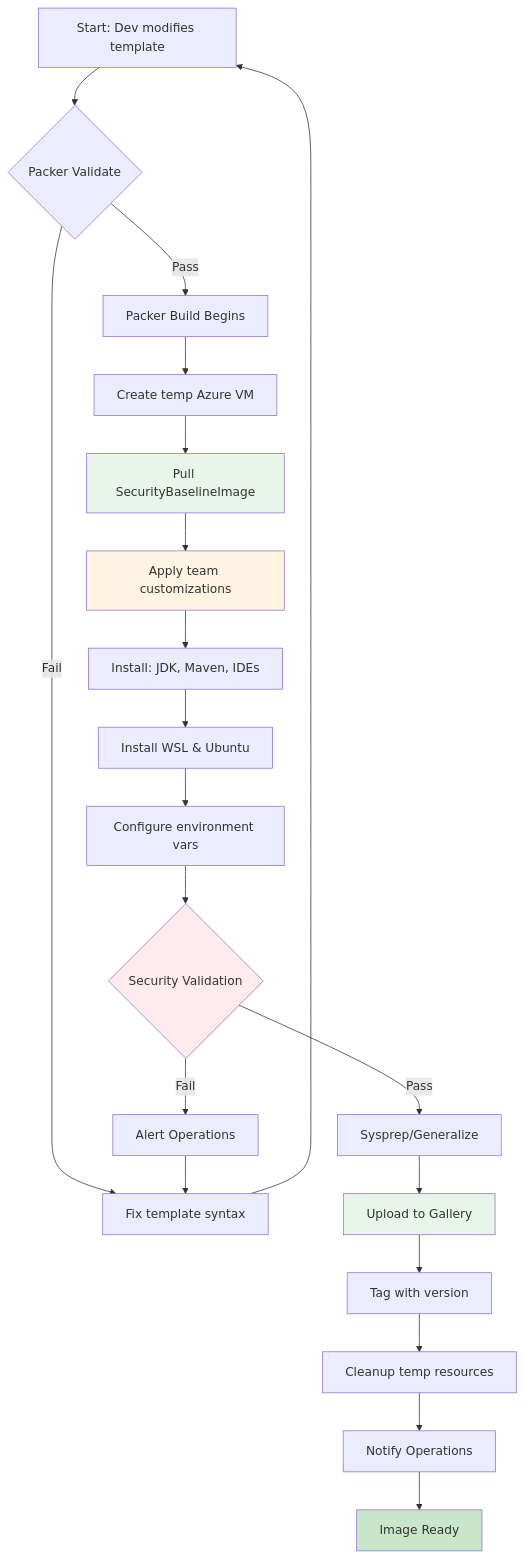
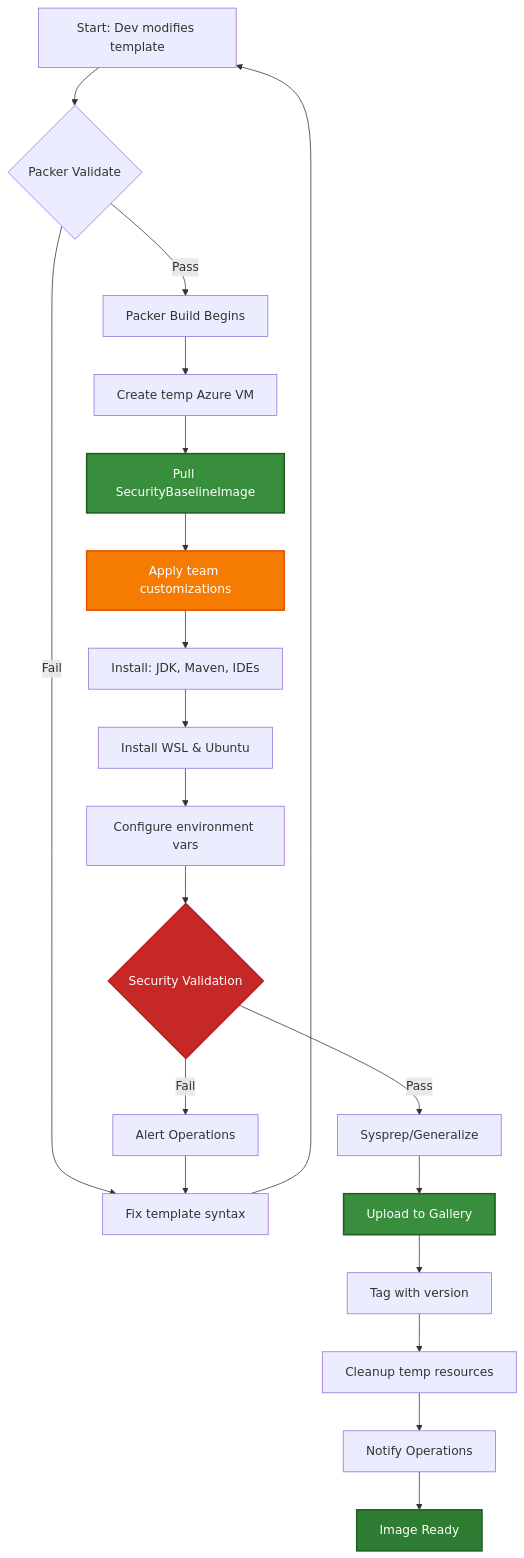
Before and after one commit to aj-enns/microsoft.devcenter: diagram 14 of 16 in terraform/devbox-with-multi-images-and-roles/docs/ARCHITECTURE-DIAGRAMS.md, drawn with Mermaid. The commit also changed other lines of this file, not shown here.

Commit message:
style: Update architecture diagrams with new color scheme for improved clarity

````diff
--- a/terraform/devbox-with-multi-images-and-roles/docs/ARCHITECTURE-DIAGRAMS.md
+++ b/terraform/devbox-with-multi-images-and-roles/docs/ARCHITECTURE-DIAGRAMS.md
@@ -575,32 +575,32 @@
 ```mermaid
 flowchart TD
     START[Start: Dev modifies template] --> VAL{Packer Validate}
     VAL -->|Fail| FIX[Fix template syntax]
     FIX --> START
     VAL -->|Pass| BUILD[Packer Build Begins]
     
     BUILD --> VM[Create temp Azure VM]
     VM --> PULL[Pull SecurityBaselineImage]
     PULL --> CUSTOM[Apply team customizations]
     
     CUSTOM --> TOOLS[Install: JDK, Maven, IDEs]
     TOOLS --> WSL[Install WSL & Ubuntu]
     WSL --> CONFIG[Configure environment vars]
     CONFIG --> SECURITY{Security Validation}
     
     SECURITY -->|Fail| ALERT[Alert Operations]
     ALERT --> FIX
     SECURITY -->|Pass| SYSPREP[Sysprep/Generalize]
     
     SYSPREP --> UPLOAD[Upload to Gallery]
     UPLOAD --> TAG[Tag with version]
     TAG --> CLEANUP[Cleanup temp resources]
     CLEANUP --> NOTIFY[Notify Operations]
     NOTIFY --> END[Image Ready]
     
-    style PULL fill:#e8f5e9
-    style CUSTOM fill:#fff4e1
-    style SECURITY fill:#ffebee
-    style UPLOAD fill:#e8f5e9
-    style END fill:#c8e6c9
+    style PULL fill:#388e3c,stroke:#1b5e20,stroke-width:2px,color:#fff
+    style CUSTOM fill:#f57c00,stroke:#e65100,stroke-width:2px,color:#fff
+    style SECURITY fill:#c62828,stroke:#b71c1c,stroke-width:2px,color:#fff
+    style UPLOAD fill:#388e3c,stroke:#1b5e20,stroke-width:2px,color:#fff
+    style END fill:#2e7d32,stroke:#1b5e20,stroke-width:2px,color:#fff
 ```
````
